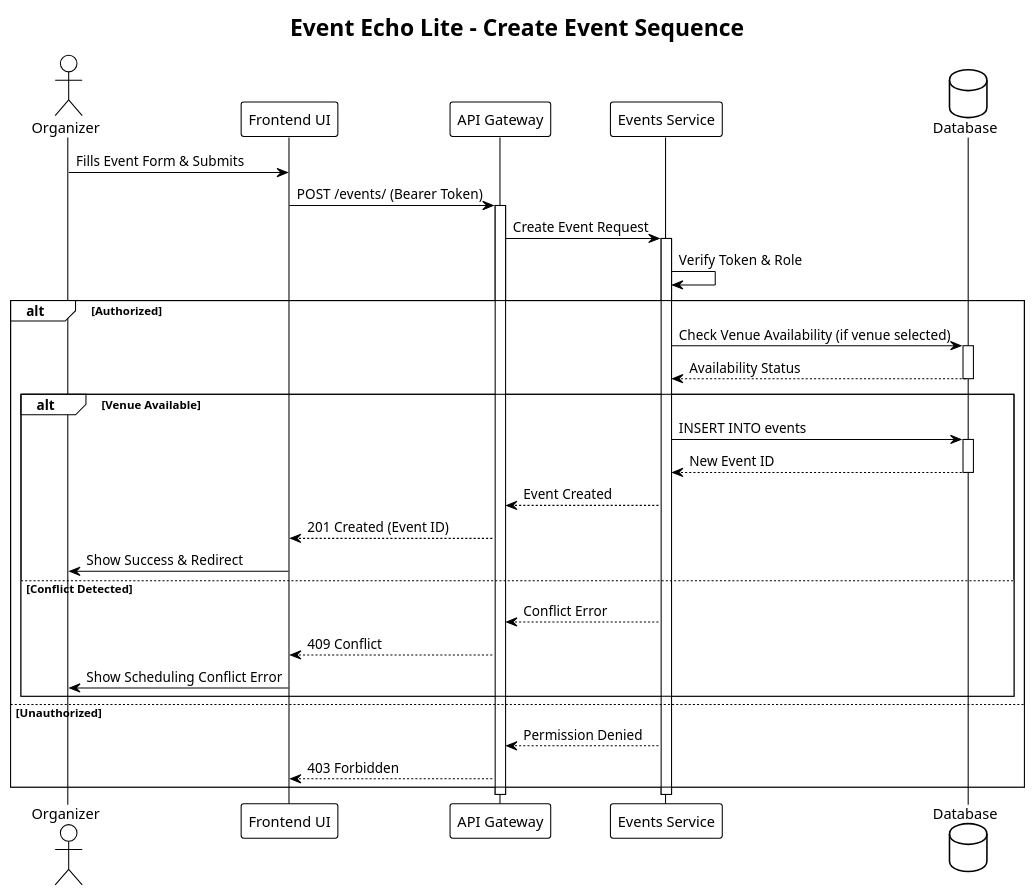
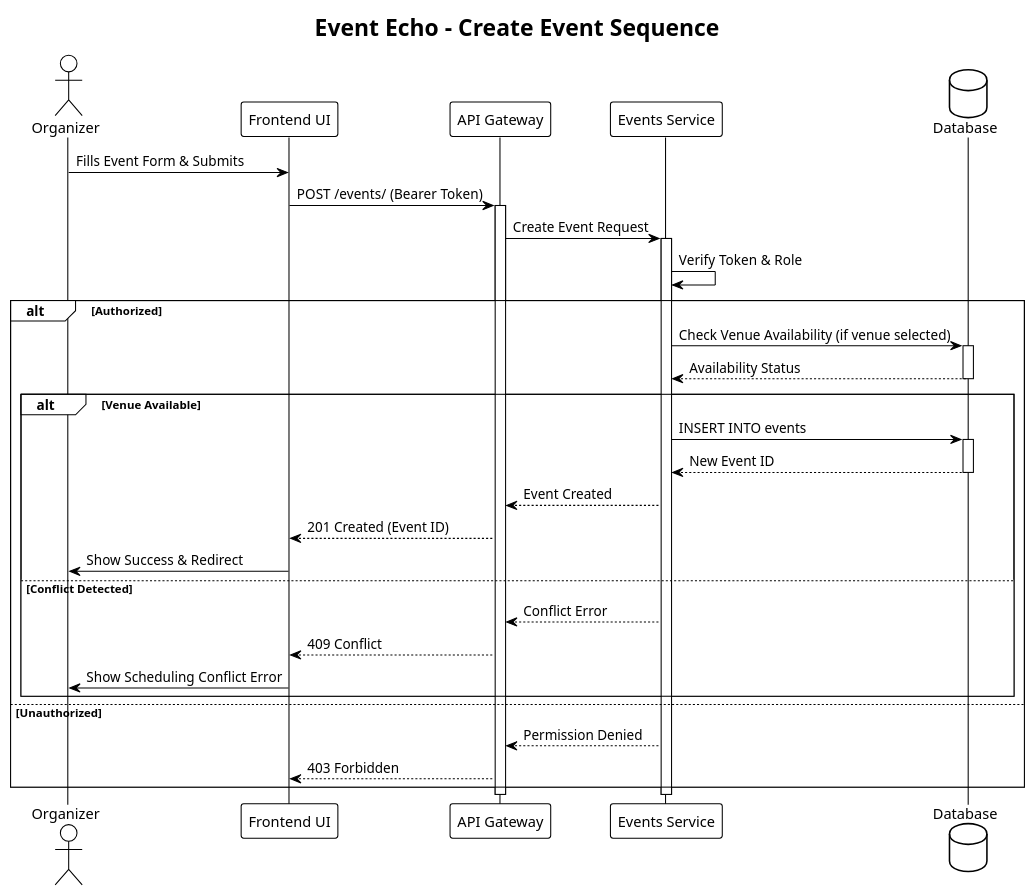
Before and after one commit to JoshuaCYin/Event-Echo-Lite: the diagram in docs/diagrams/sequence_create_event.puml, drawn with PlantUML. The commit also changed 7 other files, not shown here.

Commit message:
Fix issue in diagrams.

```diff
--- a/docs/diagrams/sequence_create_event.puml
+++ b/docs/diagrams/sequence_create_event.puml
@@ -1,48 +1,48 @@
 @startuml
 !theme plain
-title Event Echo Lite - Create Event Sequence
+title Event Echo - Create Event Sequence
 
 actor Organizer
 participant "Frontend UI" as UI
 participant "API Gateway" as API
 participant "Events Service" as Events
 database "Database" as DB
 
 Organizer -> UI : Fills Event Form & Submits
 UI -> API : POST /events/ (Bearer Token)
 activate API
 
 API -> Events : Create Event Request
 activate Events
 
 Events -> Events : Verify Token & Role
 
 alt Authorized
     Events -> DB : Check Venue Availability (if venue selected)
     activate DB
     DB --> Events : Availability Status
     deactivate DB
     
     alt Venue Available
         Events -> DB : INSERT INTO events
         activate DB
         DB --> Events : New Event ID
         deactivate DB
         
         Events --> API : Event Created
         API --> UI : 201 Created (Event ID)
         UI -> Organizer : Show Success & Redirect
     else Conflict Detected
         Events --> API : Conflict Error
         API --> UI : 409 Conflict
         UI -> Organizer : Show Scheduling Conflict Error
     end
 else Unauthorized
     Events --> API : Permission Denied
     API --> UI : 403 Forbidden
 end
 
 deactivate Events
 deactivate API
 
 @enduml
```
